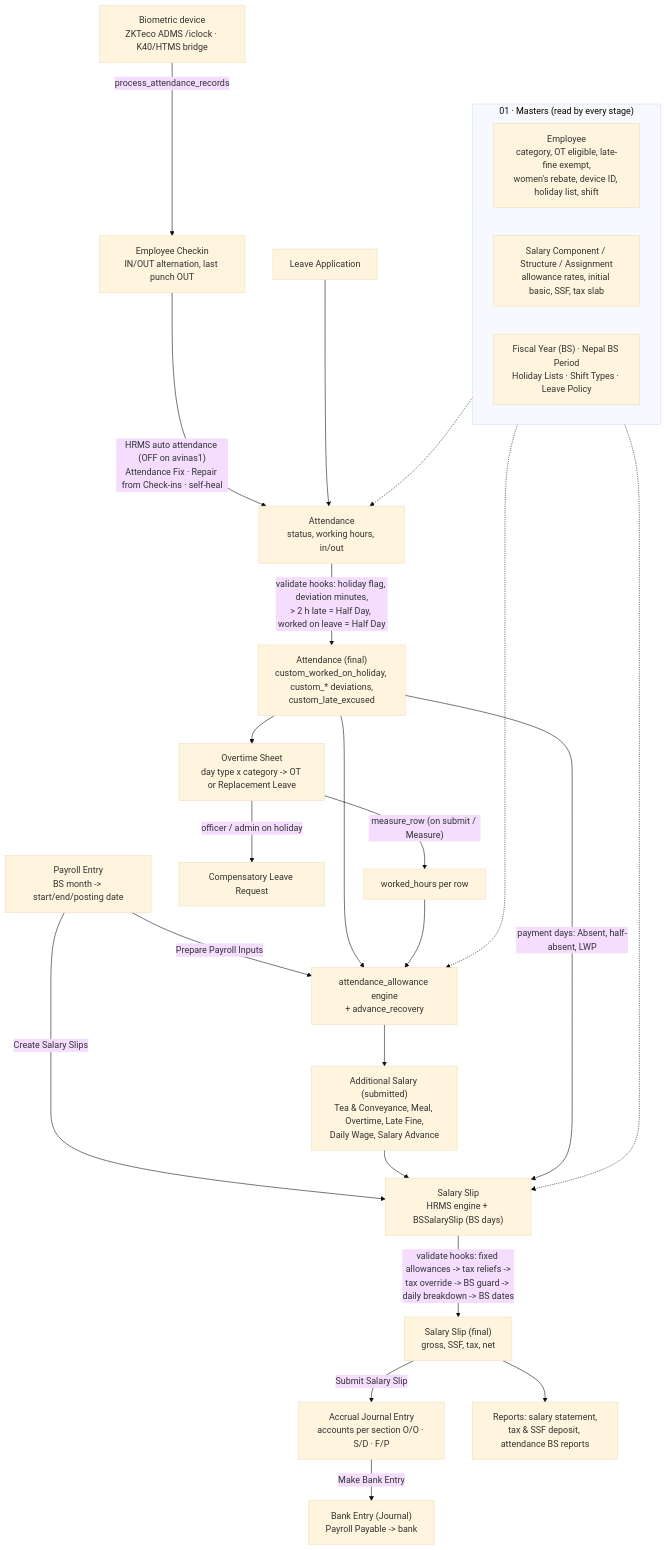
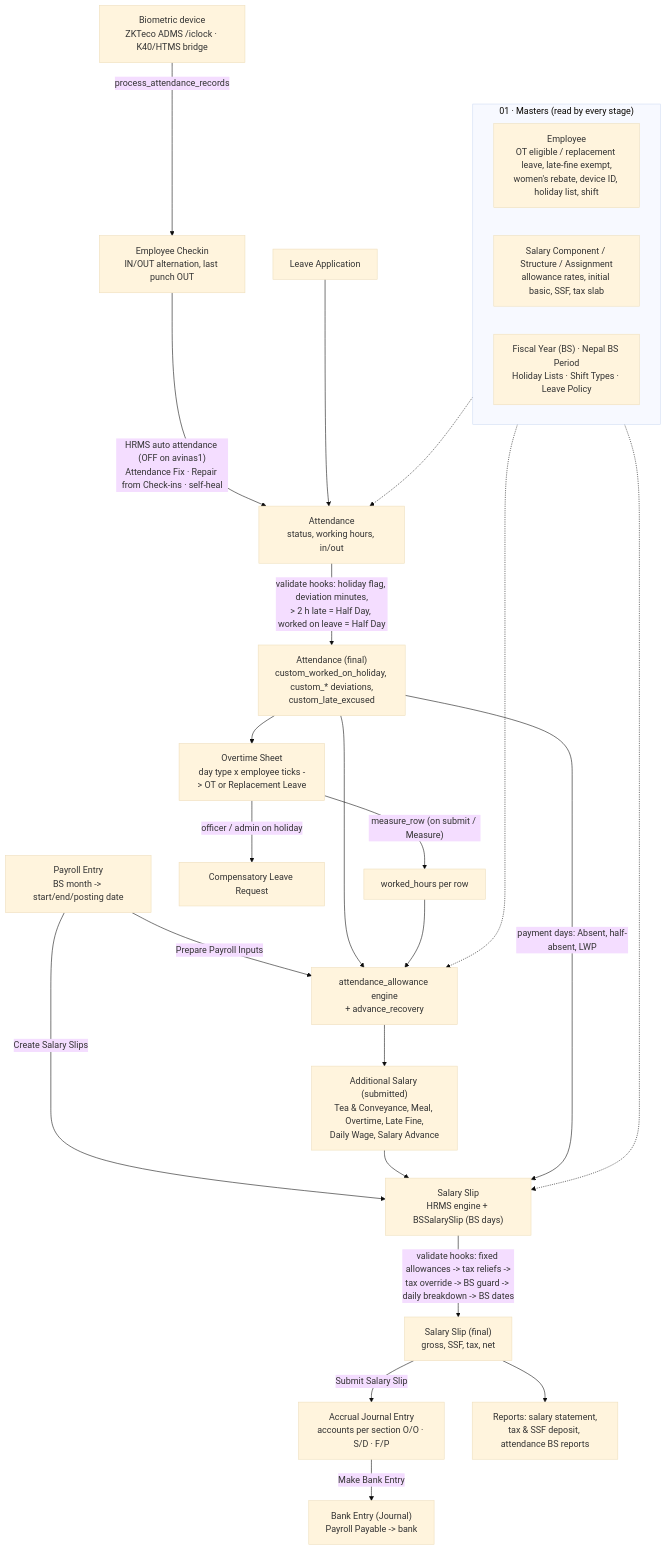
The diagram in docs/system-reference/README.md (SubashRDP/avinashgroup_app), drawn with Mermaid (base theme) before and after one commit. The commit also changed other lines of this file and 43 other files, not shown here.

First line of the commit message:
Overtime or replacement leave: two ticks on the Employee, not the category

````diff
--- a/docs/system-reference/README.md
+++ b/docs/system-reference/README.md
@@ -22,33 +22,33 @@
 ```mermaid
 flowchart TD
     subgraph S1["01 · Masters (read by every stage)"]
-        EMP["Employee<br/>category, OT eligible, late-fine exempt,<br/>women's rebate, device ID, holiday list, shift"]
+        EMP["Employee<br/>OT eligible / replacement leave, late-fine exempt,<br/>women's rebate, device ID, holiday list, shift"]
         PAY["Salary Component / Structure / Assignment<br/>allowance rates, initial basic, SSF, tax slab"]
         CAL["Fiscal Year (BS) · Nepal BS Period<br/>Holiday Lists · Shift Types · Leave Policy"]
     end
 
     DEV["Biometric device<br/>ZKTeco ADMS /iclock · K40/HTMS bridge"] -->|process_attendance_records| CHK["Employee Checkin<br/>IN/OUT alternation, last punch OUT"]
     CHK -->|"HRMS auto attendance (OFF on avinas1)<br/>Attendance Fix · Repair from Check-ins · self-heal"| ATT["Attendance<br/>status, working hours, in/out"]
     ATT -->|"validate hooks: holiday flag, deviation minutes,<br/>> 2 h late = Half Day, worked on leave = Half Day"| ATT2["Attendance (final)<br/>custom_worked_on_holiday, custom_* deviations,<br/>custom_late_excused"]
     LEAVE["Leave Application"] --> ATT
-    OTS["Overtime Sheet<br/>day type x category -> OT or Replacement Leave"] -->|"measure_row (on submit / Measure)"| OTH["worked_hours per row"]
+    OTS["Overtime Sheet<br/>day type x employee ticks -> OT or Replacement Leave"] -->|"measure_row (on submit / Measure)"| OTH["worked_hours per row"]
     ATT2 --> OTS
     OTS -->|"officer / admin on holiday"| CLR["Compensatory Leave Request"]
 
     PE["Payroll Entry<br/>BS month -> start/end/posting date"] -->|"Prepare Payroll Inputs"| ENG["attendance_allowance engine<br/>+ advance_recovery"]
     ATT2 --> ENG
     OTH --> ENG
     ENG --> ADS["Additional Salary (submitted)<br/>Tea & Conveyance, Meal, Overtime, Late Fine,<br/>Daily Wage, Salary Advance"]
 
     PE -->|"Create Salary Slips"| SS["Salary Slip<br/>HRMS engine + BSSalarySlip (BS days)"]
     ADS --> SS
     ATT2 -->|"payment days: Absent, half-absent, LWP"| SS
     SS -->|"validate hooks: fixed allowances -> tax reliefs -><br/>tax override -> BS guard -> daily breakdown -> BS dates"| SS2["Salary Slip (final)<br/>gross, SSF, tax, net"]
     SS2 -->|"Submit Salary Slip"| JV["Accrual Journal Entry<br/>accounts per section O/O · S/D · F/P"]
     JV -->|"Make Bank Entry"| BANK["Bank Entry (Journal)<br/>Payroll Payable -> bank"]
     SS2 --> REP["Reports: salary statement,<br/>tax & SSF deposit, attendance BS reports"]
 
     S1 -.-> ATT
     S1 -.-> ENG
     S1 -.-> SS
 ```
````
